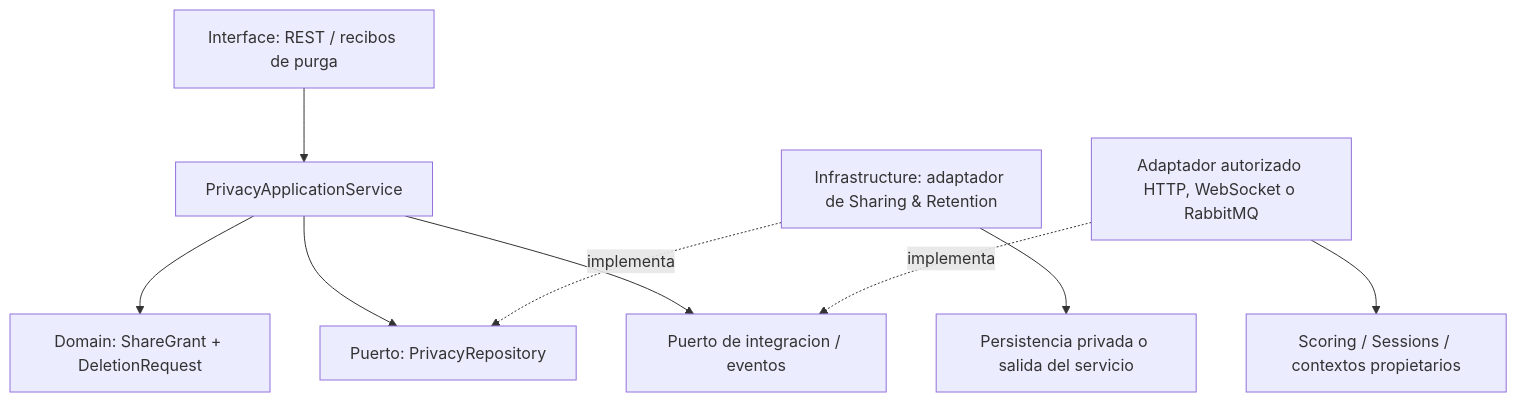
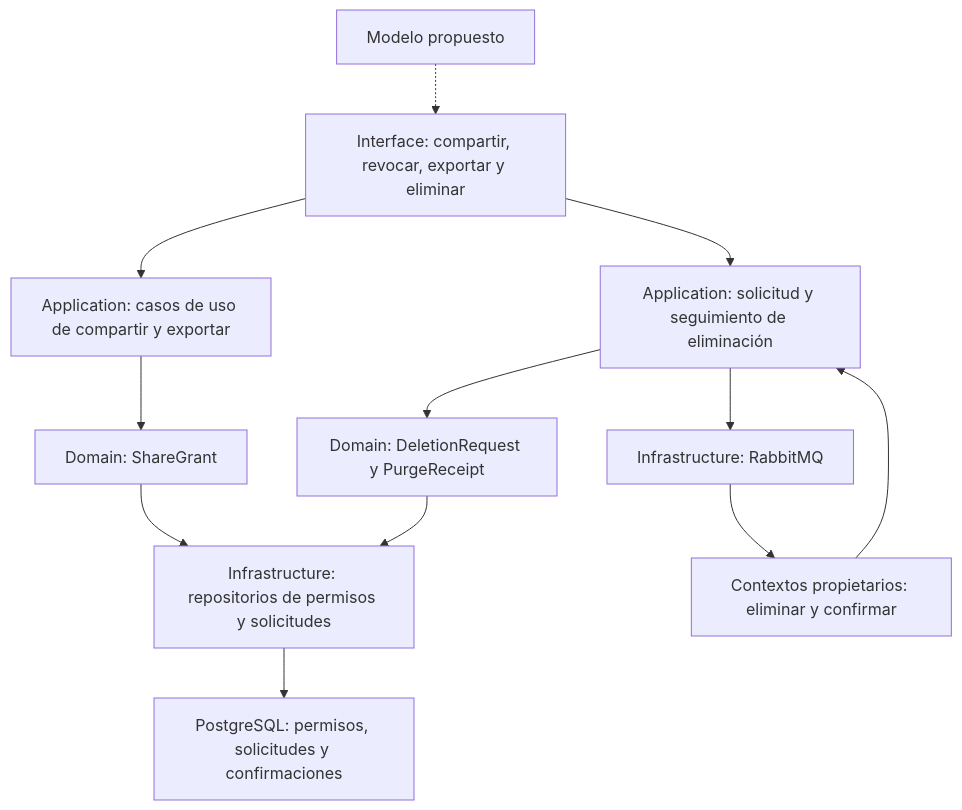
One commit to upc-pre-202620-si728-16365-thropic/talki-project-report changed the diagram in assets/diagrams/tactical/06-sharing-retention-components.mmd. Above: the diagram before and after it, drawn with Mermaid. The commit also changed 20 other files, not shown here.

```diff
--- a/assets/diagrams/tactical/06-sharing-retention-components.mmd
+++ b/assets/diagrams/tactical/06-sharing-retention-components.mmd
@@ -1,9 +1,12 @@
 flowchart TB
-    input["Interface: REST / recibos de purga"] --> app["PrivacyApplicationService"]
-    app --> domain["Domain: ShareGrant + DeletionRequest"]
-    app --> port["Puerto: PrivacyRepository"]
-    adapter["Infrastructure: adaptador de Sharing & Retention"] -. implementa .-> port
-    adapter --> resource["Persistencia privada o salida del servicio"]
-    app --> integration["Puerto de integracion / eventos"]
-    infrastructure["Adaptador autorizado HTTP, WebSocket o RabbitMQ"] -. implementa .-> integration
-    infrastructure --> external["Scoring / Sessions / contextos propietarios"]
+  input["Interface: compartir, revocar, exportar y eliminar"] --> sharing["Application: casos de uso de compartir y exportar"]
+  input --> deletion["Application: solicitud y seguimiento de eliminación"]
+  sharing --> grant["Domain: ShareGrant"]
+  deletion --> request["Domain: DeletionRequest y PurgeReceipt"]
+  grant --> repo["Infrastructure: repositorios de permisos y solicitudes"]
+  request --> repo
+  repo --> db["PostgreSQL: permisos, solicitudes y confirmaciones"]
+  deletion --> broker["Infrastructure: RabbitMQ"]
+  broker --> owners["Contextos propietarios: eliminar y confirmar"]
+  owners --> deletion
+  note["Modelo propuesto"] -.-> input
```
